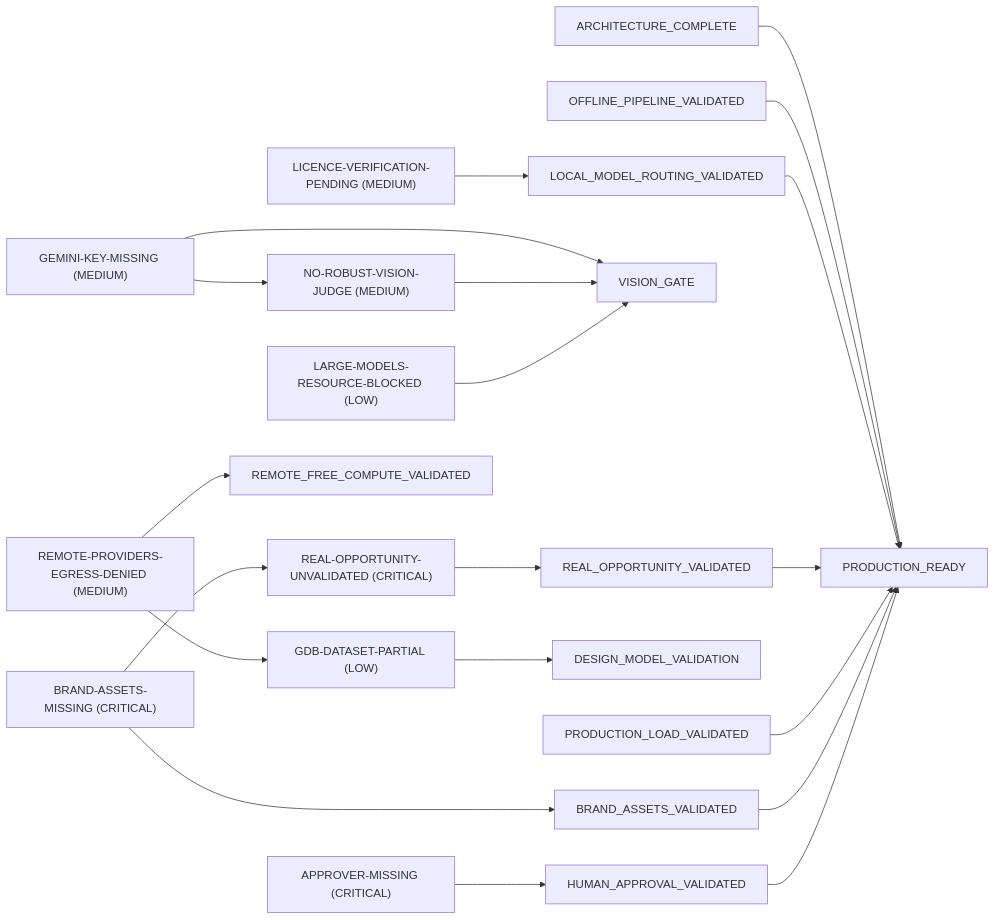
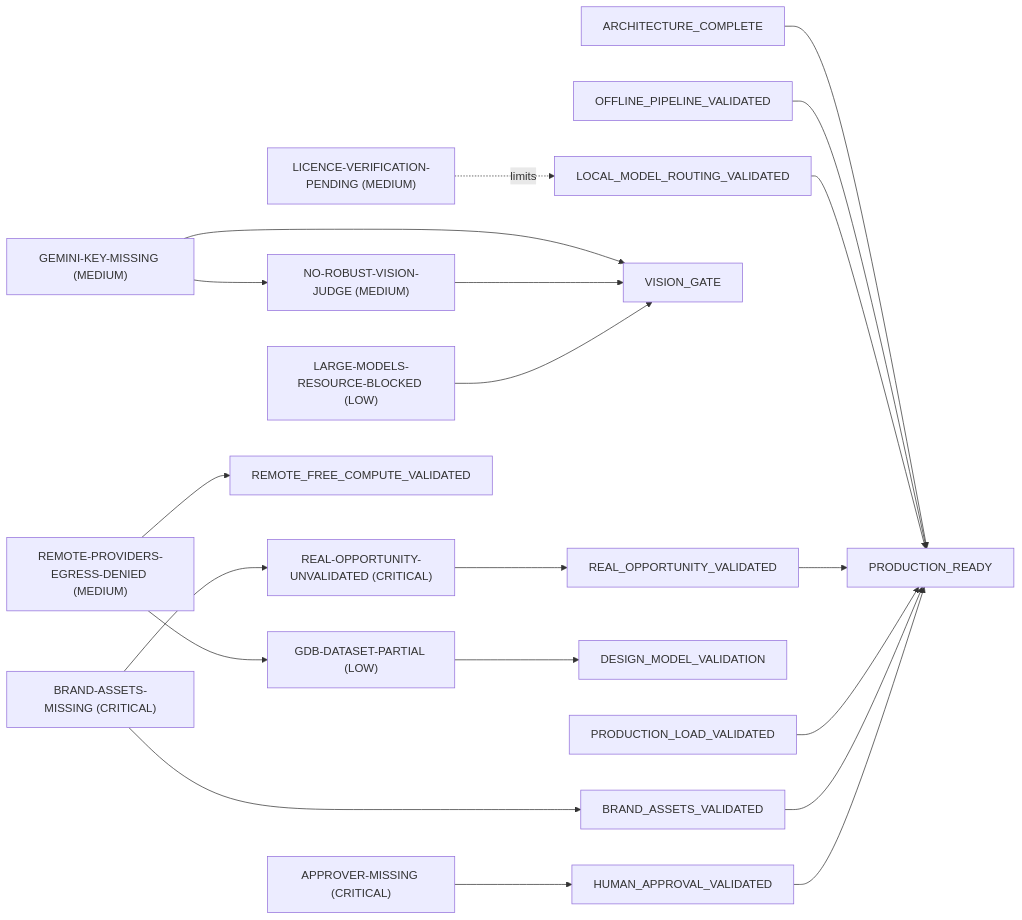
The diagram in PRODUCTION_BLOCKERS.md (geniusa2009-stack/Autonomous-Intelligence-Organization-for-APEX), drawn with Mermaid before and after one commit. The commit also changed other lines of this file and 13 other files, not shown here.

````diff
--- a/PRODUCTION_BLOCKERS.md
+++ b/PRODUCTION_BLOCKERS.md
@@ -24,22 +24,22 @@
 ```mermaid
 flowchart LR
   APPROVER_MISSING["APPROVER-MISSING (CRITICAL)"] --> HUMAN_APPROVAL_VALIDATED
   BRAND_ASSETS_MISSING["BRAND-ASSETS-MISSING (CRITICAL)"] --> BRAND_ASSETS_VALIDATED
   REAL_OPPORTUNITY_UNVALIDATED["REAL-OPPORTUNITY-UNVALIDATED (CRITICAL)"] --> REAL_OPPORTUNITY_VALIDATED
   BRAND_ASSETS_MISSING --> REAL_OPPORTUNITY_UNVALIDATED
   GEMINI_KEY_MISSING["GEMINI-KEY-MISSING (MEDIUM)"] --> VISION_GATE
-  LICENCE_VERIFICATION_PENDING["LICENCE-VERIFICATION-PENDING (MEDIUM)"] --> LOCAL_MODEL_ROUTING_VALIDATED
+  LICENCE_VERIFICATION_PENDING["LICENCE-VERIFICATION-PENDING (MEDIUM)"] -. limits .-> LOCAL_MODEL_ROUTING_VALIDATED
   NO_ROBUST_VISION_JUDGE["NO-ROBUST-VISION-JUDGE (MEDIUM)"] --> VISION_GATE
   GEMINI_KEY_MISSING --> NO_ROBUST_VISION_JUDGE
   REMOTE_PROVIDERS_EGRESS_DENIED["REMOTE-PROVIDERS-EGRESS-DENIED (MEDIUM)"] --> REMOTE_FREE_COMPUTE_VALIDATED
   GDB_DATASET_PARTIAL["GDB-DATASET-PARTIAL (LOW)"] --> DESIGN_MODEL_VALIDATION
   REMOTE_PROVIDERS_EGRESS_DENIED --> GDB_DATASET_PARTIAL
   LARGE_MODELS_RESOURCE_BLOCKED["LARGE-MODELS-RESOURCE-BLOCKED (LOW)"] --> VISION_GATE
   ARCHITECTURE_COMPLETE --> PRODUCTION_READY
   OFFLINE_PIPELINE_VALIDATED --> PRODUCTION_READY
   LOCAL_MODEL_ROUTING_VALIDATED --> PRODUCTION_READY
   REAL_OPPORTUNITY_VALIDATED --> PRODUCTION_READY
   PRODUCTION_LOAD_VALIDATED --> PRODUCTION_READY
   BRAND_ASSETS_VALIDATED --> PRODUCTION_READY
   HUMAN_APPROVAL_VALIDATED --> PRODUCTION_READY
 ```
````
